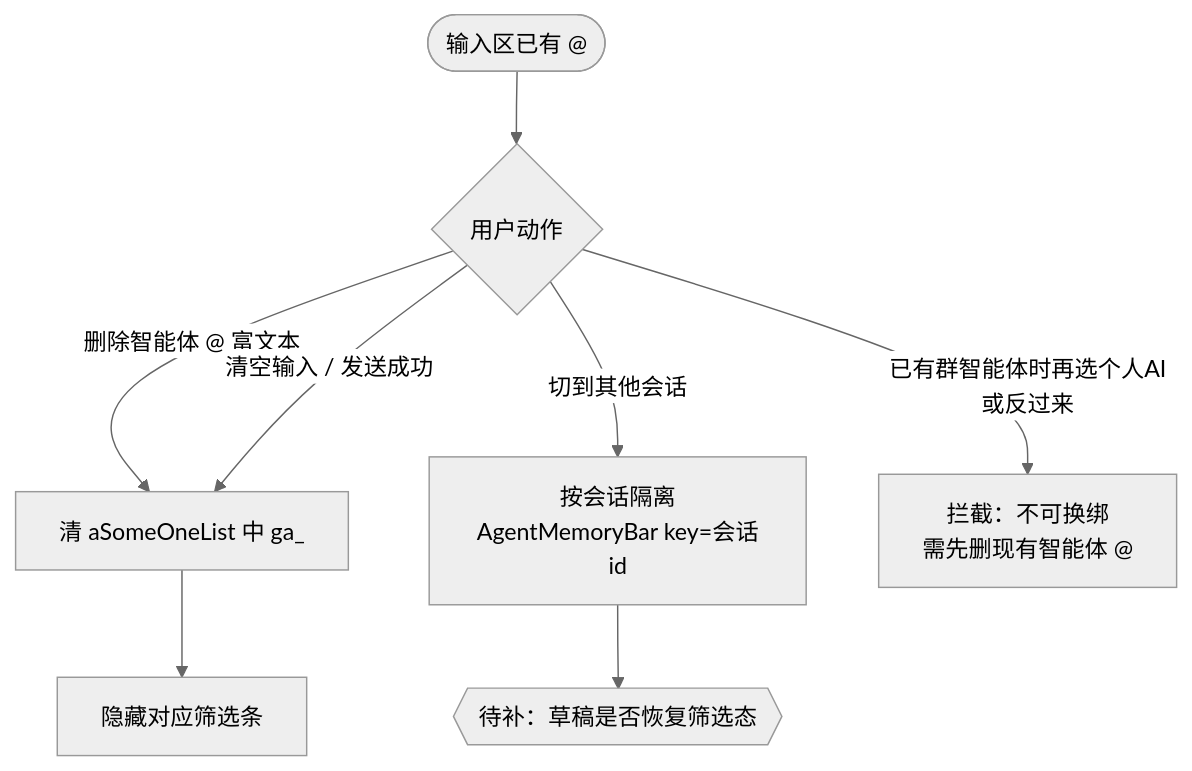
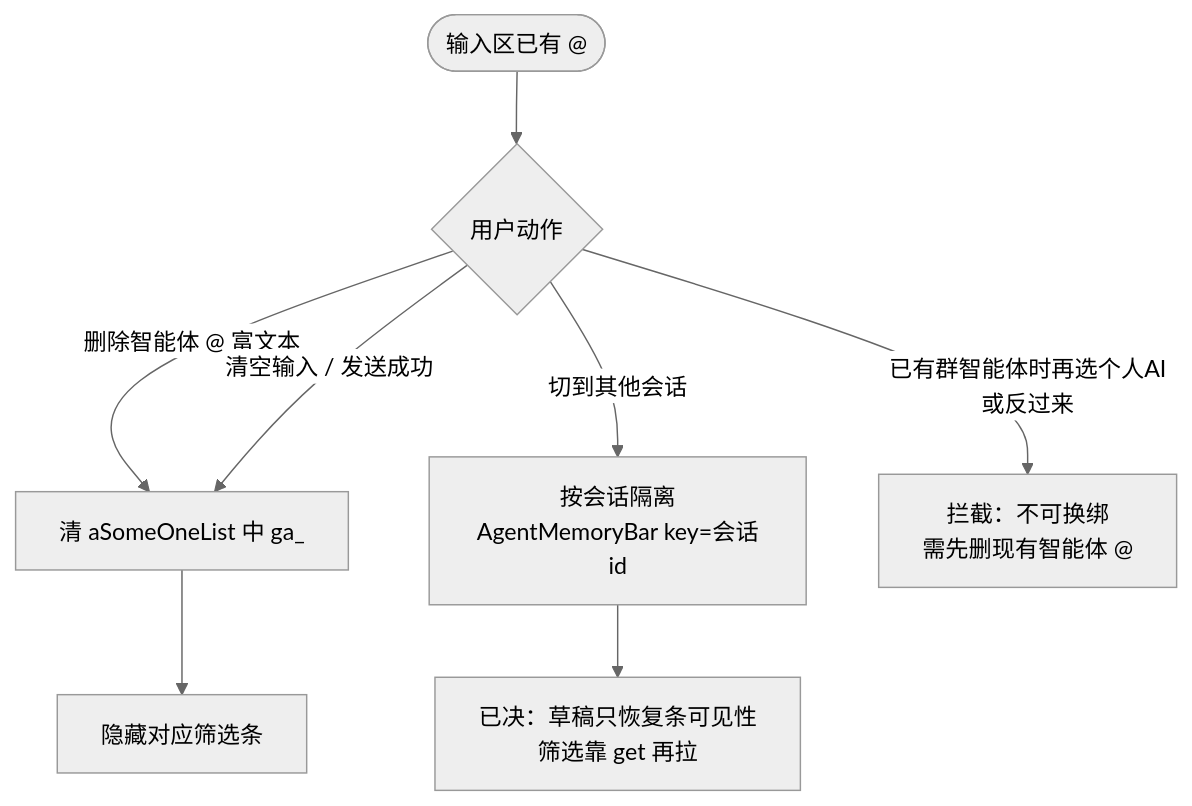
The second of 2 diagrams in context/features/20260727-at个人AI框-先做pc端/spec.md (NicCraver/ai-dev-workspace), drawn with Mermaid (neutral theme) before and after one commit. The commit also changed other lines of this file and 3 other files, not shown here.

````diff
--- a/context/features/20260727-at个人AI框-先做pc端/spec.md
+++ b/context/features/20260727-at个人AI框-先做pc端/spec.md
@@ -120,14 +120,14 @@
 ```mermaid
 flowchart TD
   S([输入区已有 @]) --> ACT{用户动作}
 
   ACT -->|删除智能体 @ 富文本| CLR[清 aSomeOneList 中 ga_]
   CLR --> HIDE[隐藏对应筛选条]
 
   ACT -->|清空输入 / 发送成功| CLR
 
   ACT -->|切到其他会话| SWITCH[按会话隔离<br/>AgentMemoryBar key=会话id]
-  SWITCH --> DRAFT{{待补：草稿是否恢复筛选态}}
+  SWITCH --> DRAFT[已决：草稿只恢复条可见性<br/>筛选靠 get 再拉]
 
   ACT -->|已有群智能体时再选个人AI<br/>或反过来| BLOCK[拦截：不可换绑<br/>需先删现有智能体 @]
 ```
````
